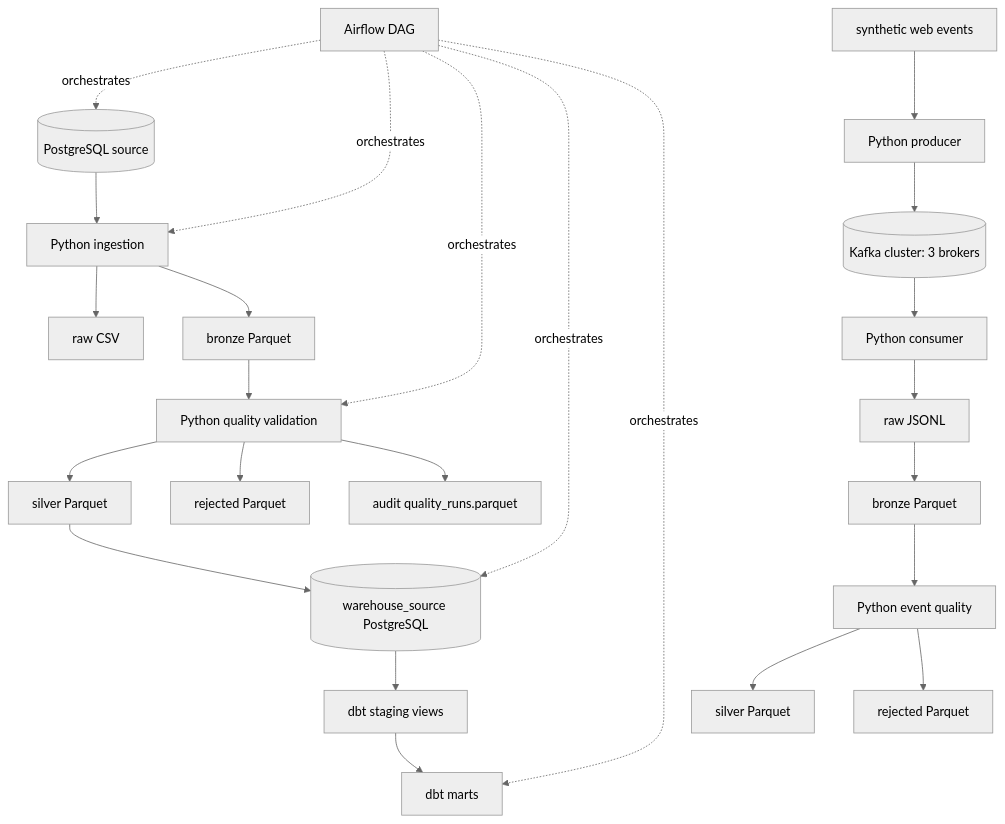
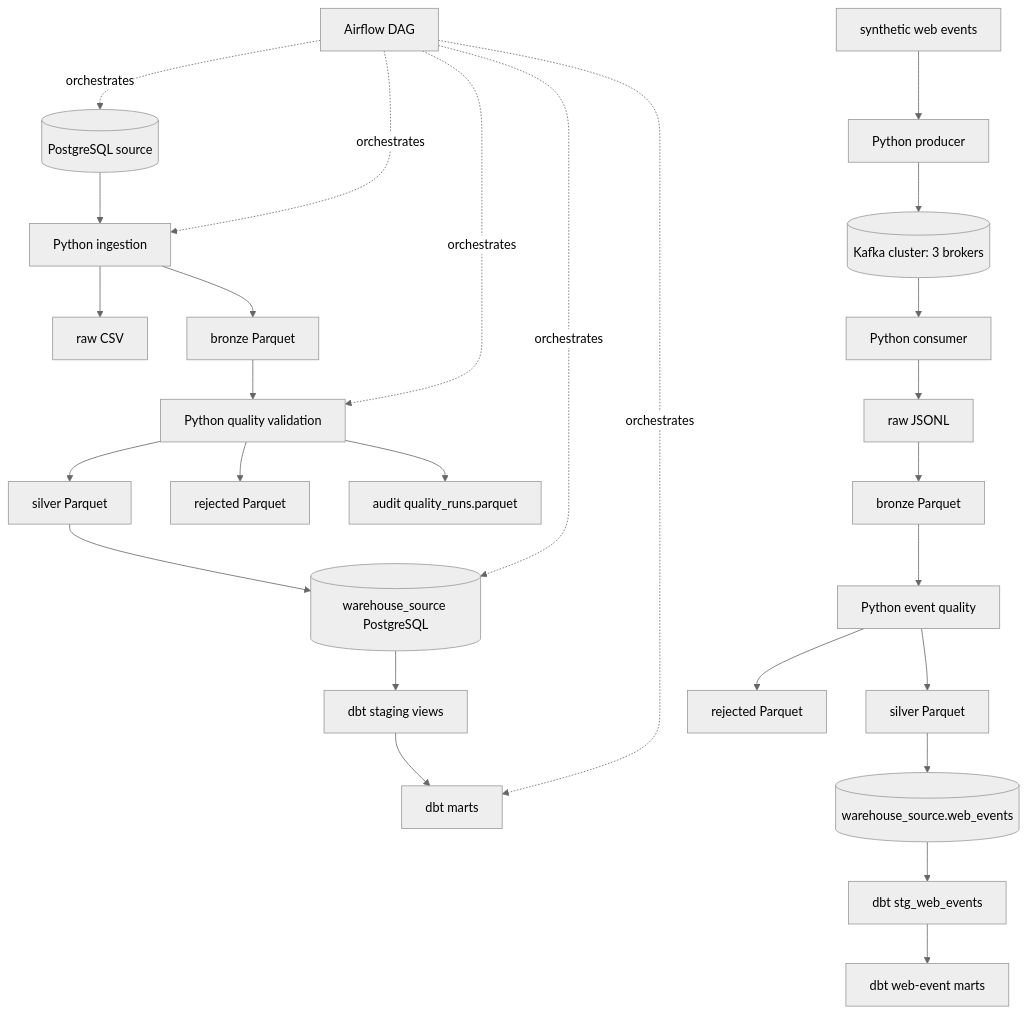
The first of 2 diagrams in docs/architecture.md (davidhidsan-dev/retailpulse-data-platform), drawn with Mermaid (neutral theme) before and after one commit. The commit also changed other lines of this file and 23 other files, not shown here.

Commit message:
feat: load streaming events into warehouse and dbt

````diff
--- a/docs/architecture.md
+++ b/docs/architecture.md
@@ -11,48 +11,54 @@
 ```mermaid
 flowchart TD
     source[(PostgreSQL source)]
     ingestion[Python ingestion]
     raw[raw CSV]
     bronze[bronze Parquet]
     quality[Python quality validation]
     silver[silver Parquet]
     rejected[rejected Parquet]
     audit[audit quality_runs.parquet]
     warehouse[(warehouse_source PostgreSQL)]
     staging[dbt staging views]
     marts[dbt marts]
     airflow[Airflow DAG]
     web_events[synthetic web events]
     producer[Python producer]
     kafka[(Kafka cluster: 3 brokers)]
     consumer[Python consumer]
     event_raw[raw JSONL]
     event_bronze[bronze Parquet]
     event_quality[Python event quality]
     event_silver[silver Parquet]
     event_rejected[rejected Parquet]
+    event_warehouse[(warehouse_source.web_events)]
+    event_staging[dbt stg_web_events]
+    event_marts[dbt web-event marts]
 
     source --> ingestion
     ingestion --> raw
     ingestion --> bronze
     bronze --> quality
     quality --> silver
     quality --> rejected
     quality --> audit
     silver --> warehouse
     warehouse --> staging
     staging --> marts
     airflow -. orchestrates .-> source
     airflow -. orchestrates .-> ingestion
     airflow -. orchestrates .-> quality
     airflow -. orchestrates .-> warehouse
     airflow -. orchestrates .-> marts
     web_events --> producer
     producer --> kafka
     kafka --> consumer
     consumer --> event_raw
     event_raw --> event_bronze
     event_bronze --> event_quality
     event_quality --> event_silver
     event_quality --> event_rejected
+    event_silver --> event_warehouse
+    event_warehouse --> event_staging
+    event_staging --> event_marts
 ```
````
